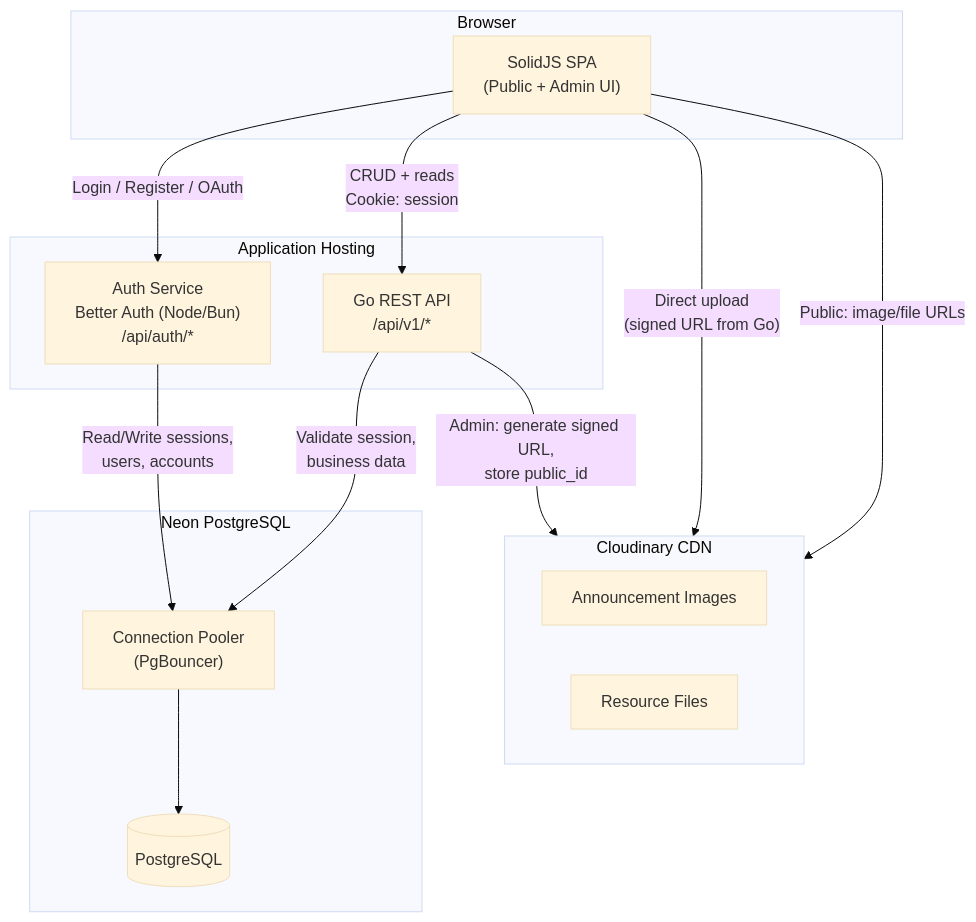
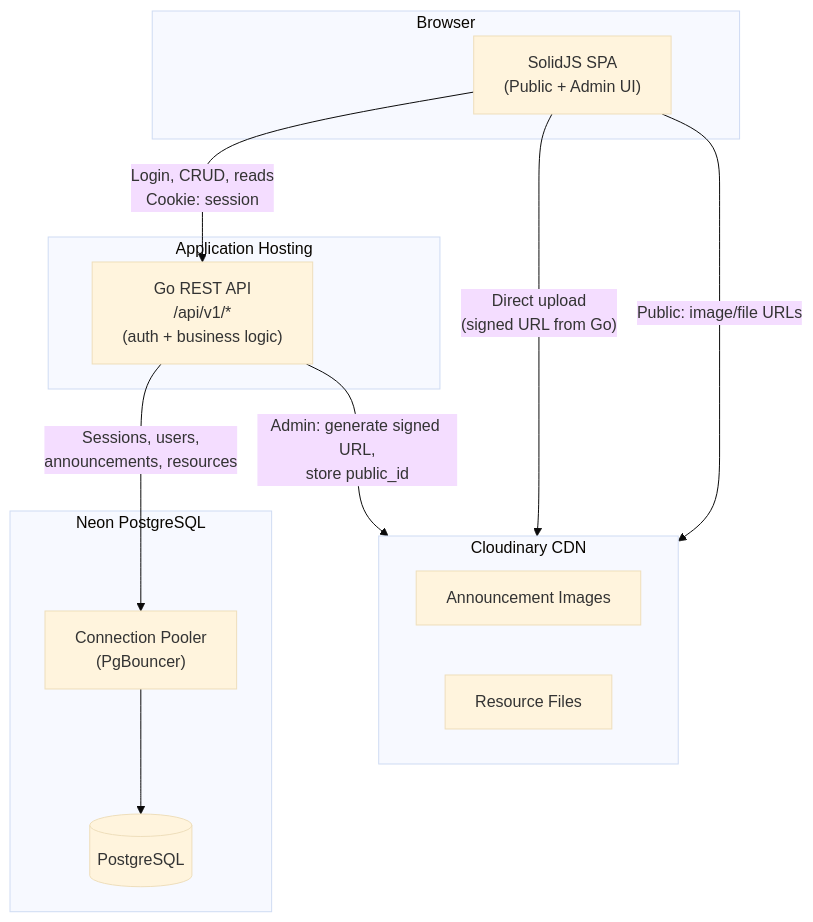
The first of 6 diagrams in PLAN.md (DavidK4leido5/non-profit-cfc-website), drawn with Mermaid (base theme) before and after one commit. The commit also changed other lines of this file and 34 other files, not shown here.

````diff
--- a/PLAN.md
+++ b/PLAN.md
@@ -68,31 +77,28 @@
 ```mermaid
 flowchart TB
     subgraph Client["Browser"]
         SPA["SolidJS SPA<br/>(Public + Admin UI)"]
     end
 
     subgraph CDN["Cloudinary CDN"]
         IMG["Announcement Images"]
         FILES["Resource Files"]
     end
 
     subgraph Hosting["Application Hosting"]
-        AUTH["Auth Service<br/>Better Auth (Node/Bun)<br/>/api/auth/*"]
-        API["Go REST API<br/>/api/v1/*"]
+        API["Go REST API<br/>/api/v1/*<br/>(auth + business logic)"]
     end
 
     subgraph Data["Neon PostgreSQL"]
         POOL["Connection Pooler<br/>(PgBouncer)"]
         DB[(PostgreSQL)]
     end
 
-    SPA -->|"Login / Register / OAuth"| AUTH
-    SPA -->|"CRUD + reads<br/>Cookie: session"| API
-    AUTH -->|"Read/Write sessions,<br/>users, accounts"| POOL
-    API -->|"Validate session,<br/>business data"| POOL
+    SPA -->|"Login, CRUD, reads<br/>Cookie: session"| API
+    API -->|"Sessions, users,<br/>announcements, resources"| POOL
     POOL --> DB
 
     SPA -->|"Direct upload<br/>(signed URL from Go)"| CDN
     API -->|"Admin: generate signed URL,<br/>store public_id"| CDN
     SPA -->|"Public: image/file URLs"| CDN
 ```
````
